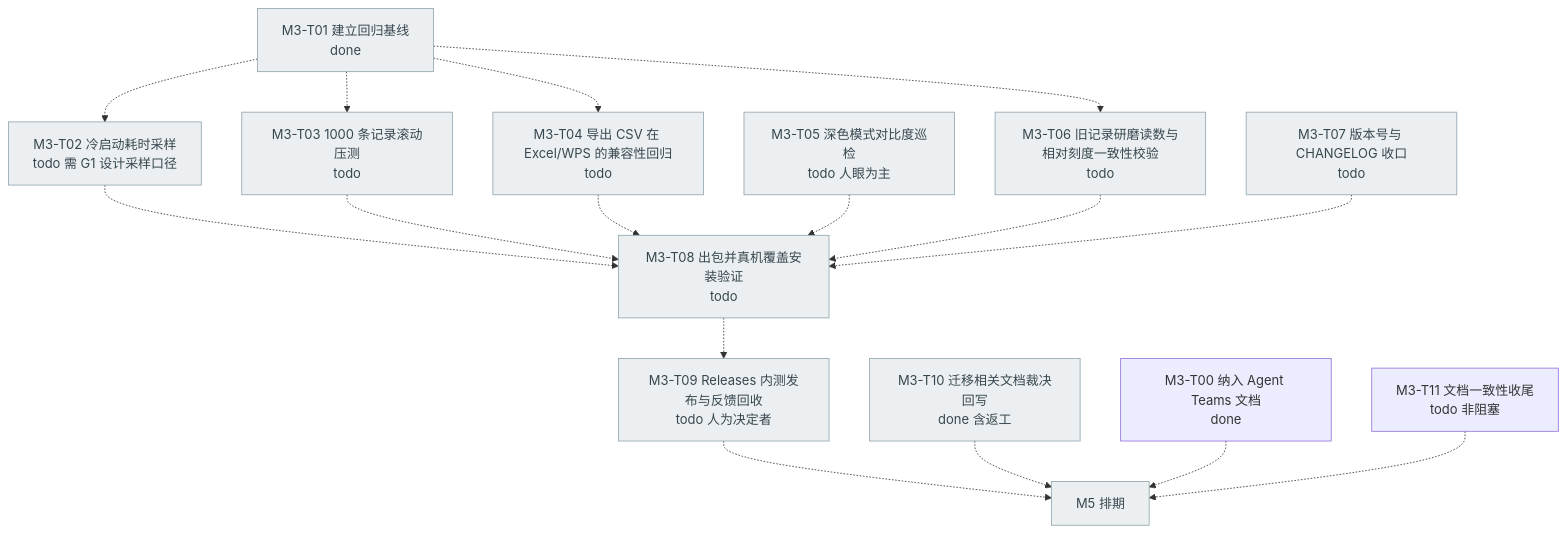
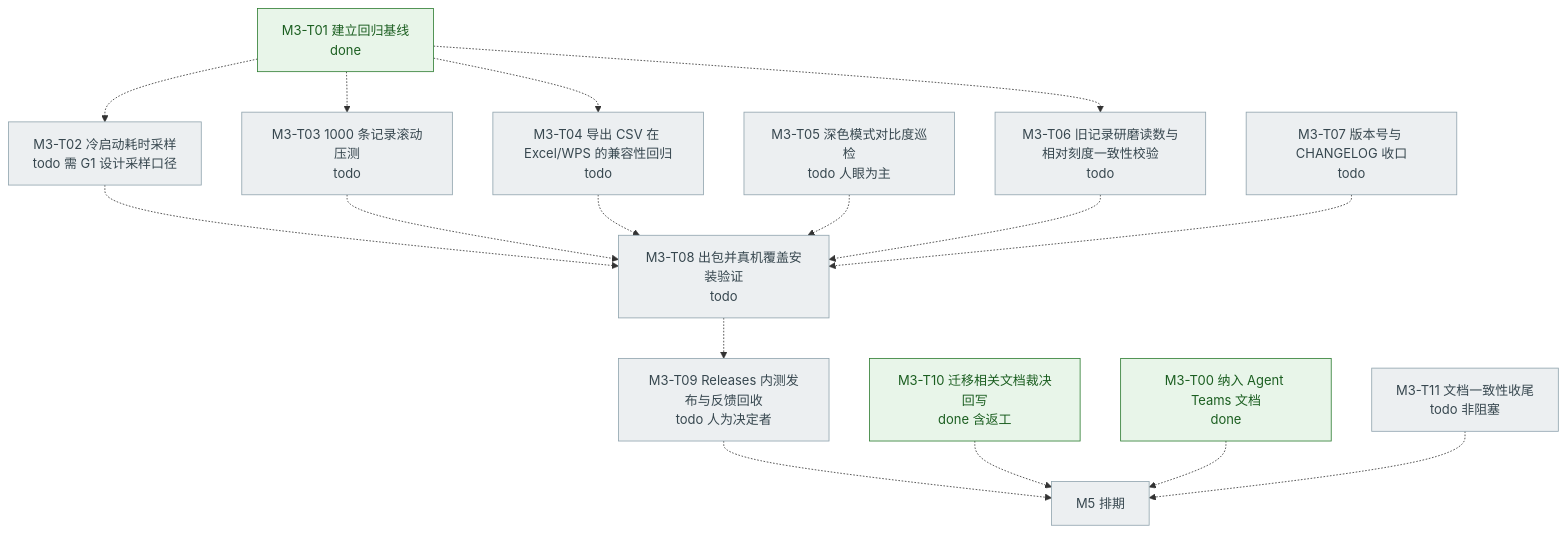
The second of 5 diagrams in docs/agent-teams/PROGRESS.md (Shadoso-w/BeanClick), drawn with Mermaid before and after one commit. The commit also changed other lines of this file and 3 other files, not shown here.

````diff
--- a/docs/agent-teams/PROGRESS.md
+++ b/docs/agent-teams/PROGRESS.md
@@ -83,32 +86,34 @@
 ```mermaid
 flowchart TD
     T01["M3-T01 建立回归基线<br/>done"]
     T02["M3-T02 冷启动耗时采样<br/>todo 需 G1 设计采样口径"]
     T03["M3-T03 1000 条记录滚动压测<br/>todo"]
     T04["M3-T04 导出 CSV 在 Excel/WPS 的兼容性回归<br/>todo"]
     T05["M3-T05 深色模式对比度巡检<br/>todo 人眼为主"]
     T06["M3-T06 旧记录研磨读数与相对刻度一致性校验<br/>todo"]
     T07["M3-T07 版本号与 CHANGELOG 收口<br/>todo"]
     T08["M3-T08 出包并真机覆盖安装验证<br/>todo"]
     T09["M3-T09 Releases 内测发布与反馈回收<br/>todo 人为决定者"]
     T10["M3-T10 迁移相关文档裁决回写<br/>done 含返工"]
 
     T01 -.-> T02
     T01 -.-> T03
     T01 -.-> T04
     T01 -.-> T06
     T02 -.-> T08
     T03 -.-> T08
     T04 -.-> T08
     T05 -.-> T08
     T06 -.-> T08
     T07 -.-> T08
     T08 -.-> T09
     T09 -.-> M5["M5 排期"]
     T10 -.-> M5
     T00["M3-T00 纳入 Agent Teams 文档<br/>done"] -.-> M5
     T11["M3-T11 文档一致性收尾<br/>todo 非阻塞"] -.-> M5
 
     classDef todo fill:#eceff1,stroke:#90a4ae,color:#37474f
-    class T01,T02,T03,T04,T05,T06,T07,T08,T09,T10,M5 todo
+    classDef done fill:#e8f5e9,stroke:#2e7d32,color:#1b5e20
+    class T00,T01,T10 done
+    class T02,T03,T04,T05,T06,T07,T08,T09,T11,M5 todo
 ```
````
